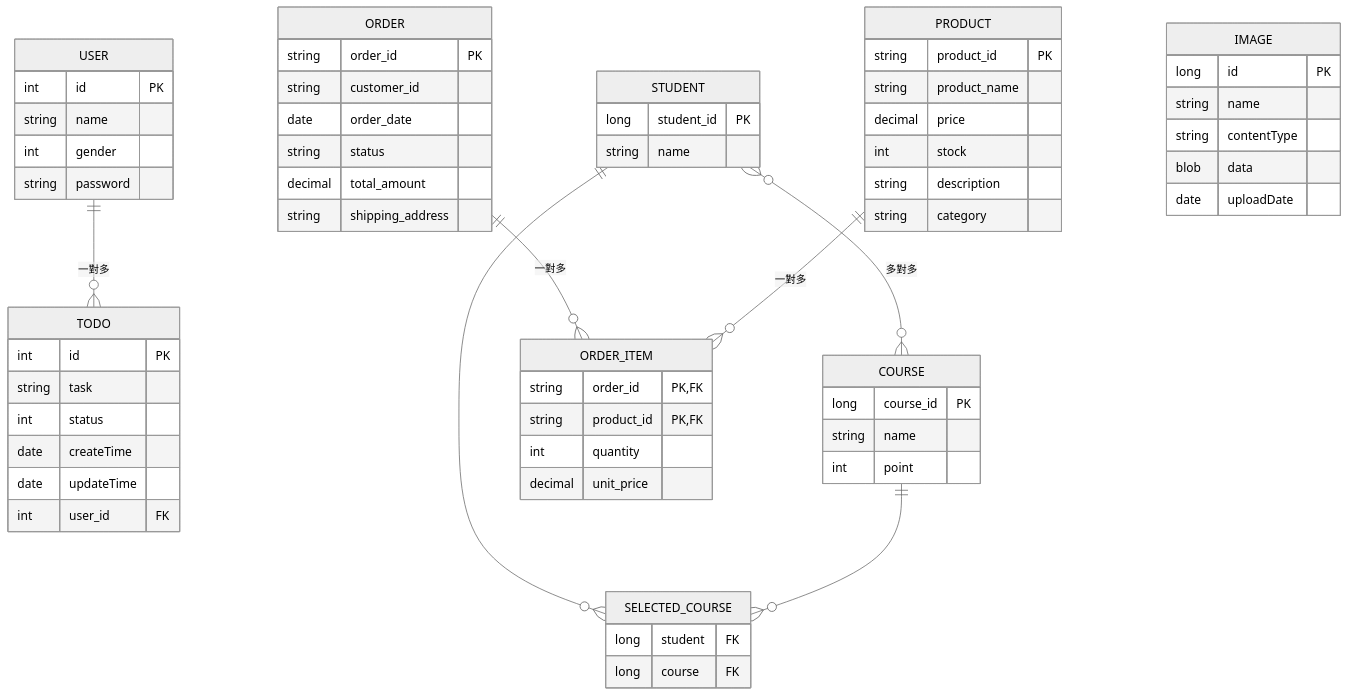
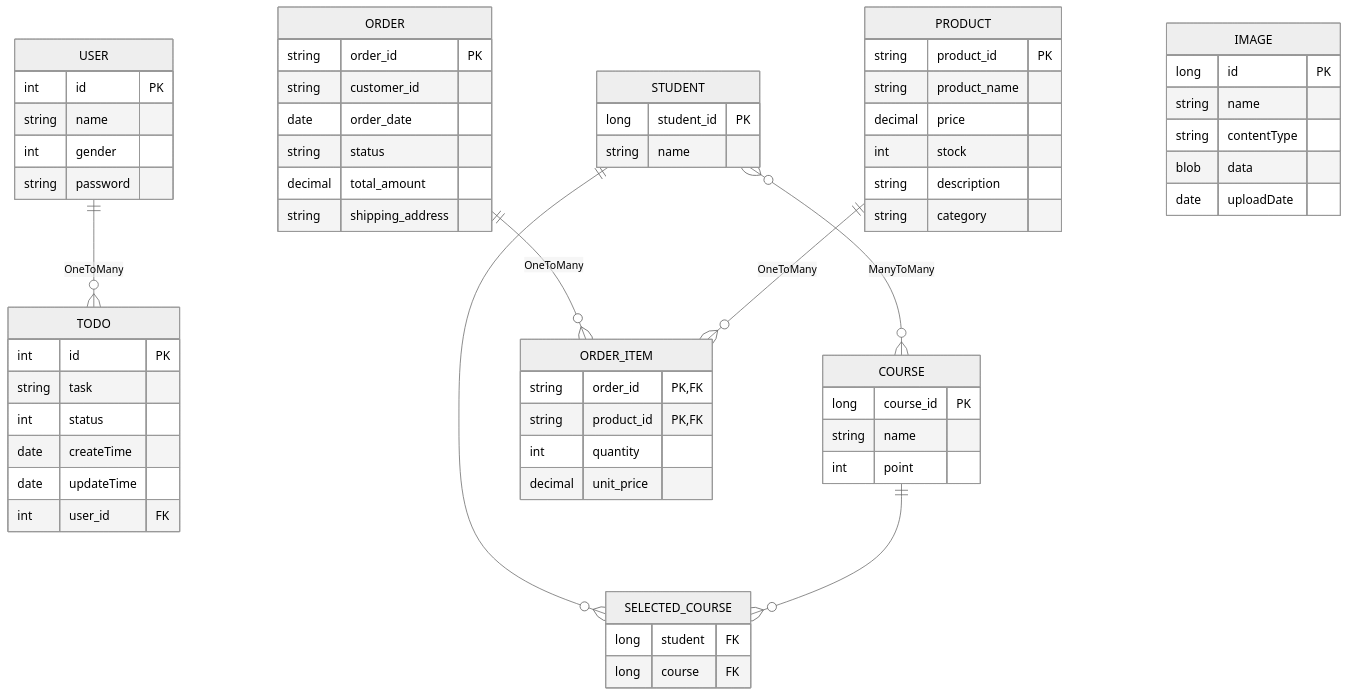
Before and after one commit to Jared73431/SpringTest: the second of 6 diagrams in Spring_JPA2/readme.md, drawn with Mermaid (neutral theme). The commit also changed other lines of this file and 1 other file, not shown here.

````diff
--- a/Spring_JPA2/readme.md
+++ b/Spring_JPA2/readme.md
@@ -68,74 +68,74 @@
 ```mermaid
 erDiagram
     USER {
         int id PK
         string name
         int gender
         string password
     }
     
     TODO {
         int id PK
         string task
         int status
         date createTime
         date updateTime
         int user_id FK
     }
     
     STUDENT {
         long student_id PK
         string name
     }
     
     COURSE {
         long course_id PK
         string name
         int point
     }
     
     SELECTED_COURSE {
         long student FK
         long course FK
     }
     
     ORDER {
         string order_id PK
         string customer_id
         date order_date
         string status
         decimal total_amount
         string shipping_address
     }
     
     PRODUCT {
         string product_id PK
         string product_name
         decimal price
         int stock
         string description
         string category
     }
     
     ORDER_ITEM {
         string order_id PK,FK
         string product_id PK,FK
         int quantity
         decimal unit_price
     }
     
     IMAGE {
         long id PK
         string name
         string contentType
         blob data
         date uploadDate
     }
     
-    USER ||--o{ TODO : "一對多"
-    STUDENT }o--o{ COURSE : "多對多"
+    USER ||--o{ TODO : "OneToMany"
+    STUDENT }o--o{ COURSE : "ManyToMany"
     STUDENT ||--o{ SELECTED_COURSE : ""
     COURSE ||--o{ SELECTED_COURSE : ""
-    ORDER ||--o{ ORDER_ITEM : "一對多"
-    PRODUCT ||--o{ ORDER_ITEM : "一對多"
+    ORDER ||--o{ ORDER_ITEM : "OneToMany"
+    PRODUCT ||--o{ ORDER_ITEM : "OneToMany"
 ```
````
